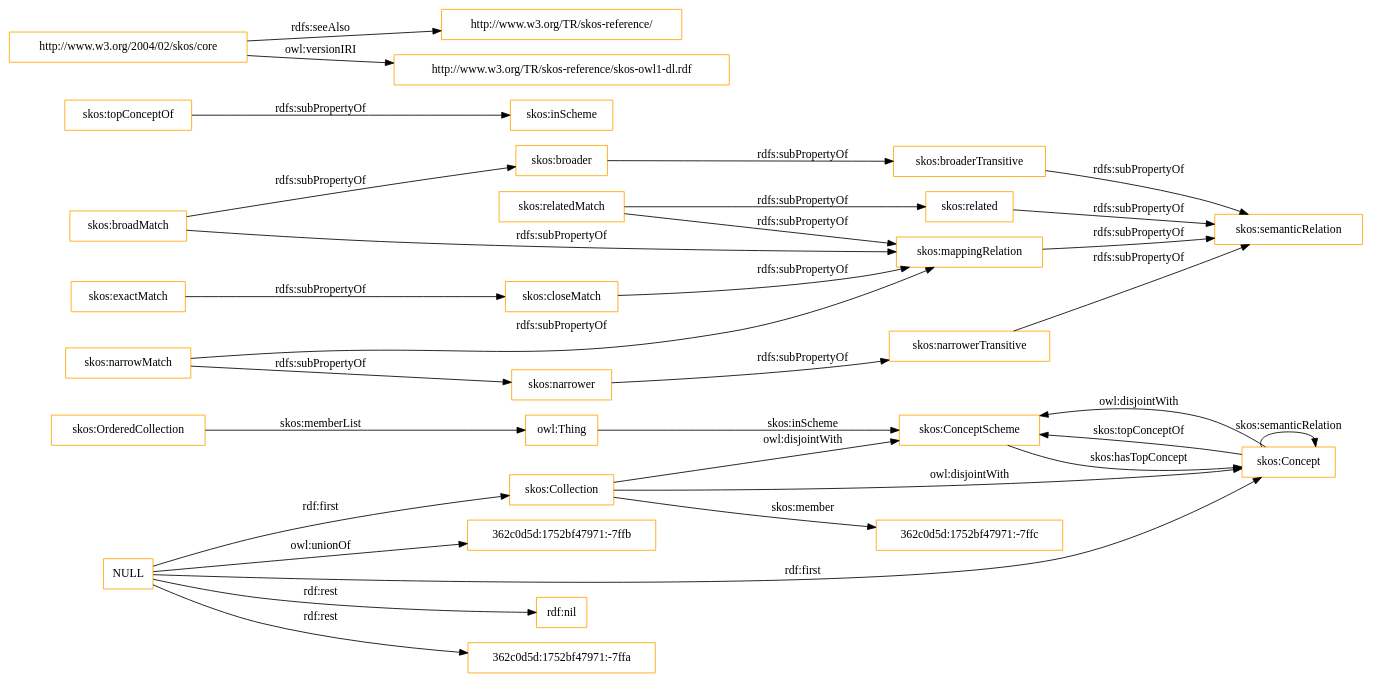
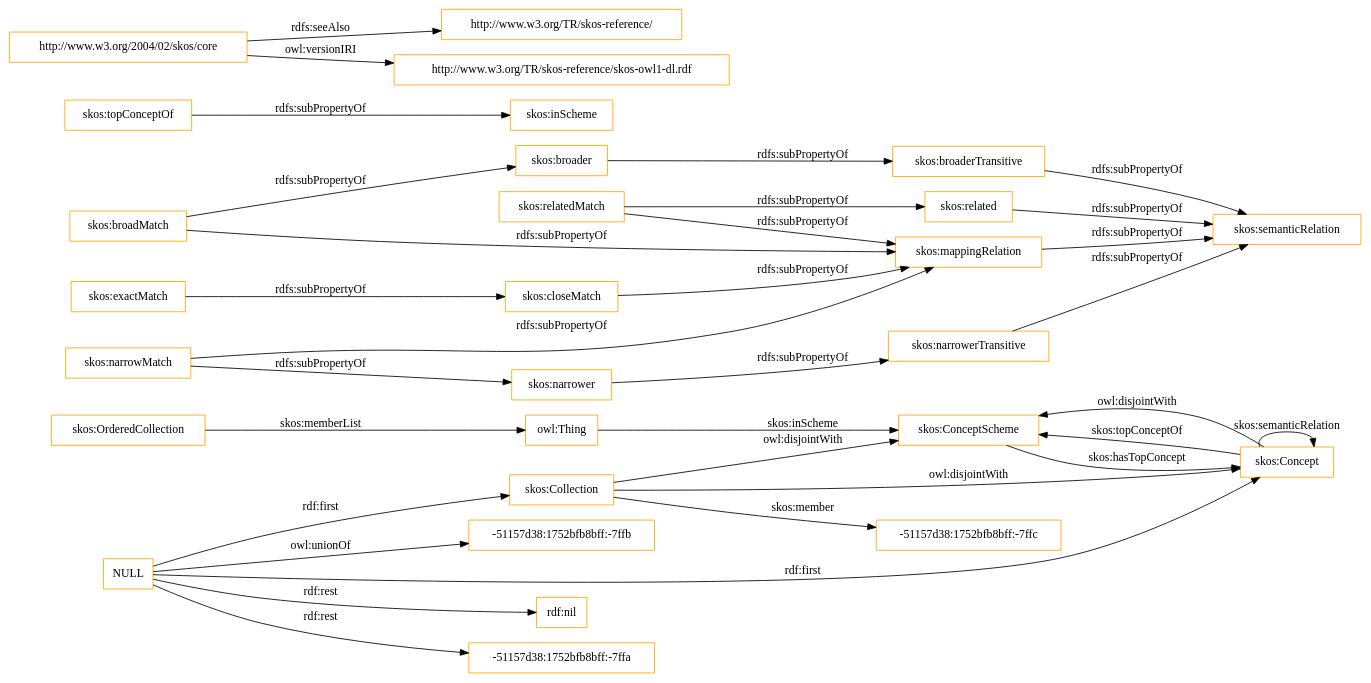
One commit to OnToologyUser/core-ontology-1 changed the diagram in OnToology/imports/skos.owl/diagrams/ar2dtool-class/skos.owl.png.dot. Above: the diagram before and after it, drawn with Graphviz. The commit also changed 14 other files, not shown here.

```diff
--- a/OnToology/imports/skos.owl/diagrams/ar2dtool-class/skos.owl.png.dot
+++ b/OnToology/imports/skos.owl/diagrams/ar2dtool-class/skos.owl.png.dot
@@ -1,37 +1,37 @@
 digraph ar2dtool_diagram { 
 rankdir=LR;
 size="1501"
-node [shape = rectangle, color="orange"]; "skos:OrderedCollection" "skos:ConceptScheme" "skos:Concept" "skos:Collection" "362c0d5d:1752bf47971:-7ffc" ; /*classes style*/
+node [shape = rectangle, color="orange"]; "skos:OrderedCollection" "skos:ConceptScheme" "skos:Concept" "skos:Collection" "-51157d38:1752bfb8bff:-7ffc" ; /*classes style*/
 	"skos:narrowerTransitive" -> "skos:semanticRelation" [ label = "rdfs:subPropertyOf" ];
 	"NULL" -> "rdf:nil" [ label = "rdf:rest" ];
 	"NULL" -> "skos:Concept" [ label = "rdf:first" ];
-	"NULL" -> "362c0d5d:1752bf47971:-7ffa" [ label = "rdf:rest" ];
+	"NULL" -> "-51157d38:1752bfb8bff:-7ffa" [ label = "rdf:rest" ];
 	"NULL" -> "skos:Collection" [ label = "rdf:first" ];
-	"NULL" -> "362c0d5d:1752bf47971:-7ffb" [ label = "owl:unionOf" ];
+	"NULL" -> "-51157d38:1752bfb8bff:-7ffb" [ label = "owl:unionOf" ];
 	"skos:closeMatch" -> "skos:mappingRelation" [ label = "rdfs:subPropertyOf" ];
 	"skos:Concept" -> "skos:ConceptScheme" [ label = "owl:disjointWith" ];
 	"skos:relatedMatch" -> "skos:related" [ label = "rdfs:subPropertyOf" ];
 	"skos:relatedMatch" -> "skos:mappingRelation" [ label = "rdfs:subPropertyOf" ];
 	"skos:related" -> "skos:semanticRelation" [ label = "rdfs:subPropertyOf" ];
 	"skos:topConceptOf" -> "skos:inScheme" [ label = "rdfs:subPropertyOf" ];
 	"skos:broadMatch" -> "skos:mappingRelation" [ label = "rdfs:subPropertyOf" ];
 	"skos:broadMatch" -> "skos:broader" [ label = "rdfs:subPropertyOf" ];
 	"skos:exactMatch" -> "skos:closeMatch" [ label = "rdfs:subPropertyOf" ];
 	"skos:broaderTransitive" -> "skos:semanticRelation" [ label = "rdfs:subPropertyOf" ];
 	"skos:broader" -> "skos:broaderTransitive" [ label = "rdfs:subPropertyOf" ];
 	"skos:mappingRelation" -> "skos:semanticRelation" [ label = "rdfs:subPropertyOf" ];
 	"http://www.w3.org/2004/02/skos/core" -> "http://www.w3.org/TR/skos-reference/" [ label = "rdfs:seeAlso" ];
 	"http://www.w3.org/2004/02/skos/core" -> "http://www.w3.org/TR/skos-reference/skos-owl1-dl.rdf" [ label = "owl:versionIRI" ];
 	"skos:Collection" -> "skos:ConceptScheme" [ label = "owl:disjointWith" ];
 	"skos:Collection" -> "skos:Concept" [ label = "owl:disjointWith" ];
 	"skos:narrower" -> "skos:narrowerTransitive" [ label = "rdfs:subPropertyOf" ];
 	"skos:narrowMatch" -> "skos:narrower" [ label = "rdfs:subPropertyOf" ];
 	"skos:narrowMatch" -> "skos:mappingRelation" [ label = "rdfs:subPropertyOf" ];
 	"skos:OrderedCollection" -> "owl:Thing" [ label = "skos:memberList" ];
 	"skos:Concept" -> "skos:ConceptScheme" [ label = "skos:topConceptOf" ];
 	"skos:Concept" -> "skos:Concept" [ label = "skos:semanticRelation" ];
-	"skos:Collection" -> "362c0d5d:1752bf47971:-7ffc" [ label = "skos:member" ];
+	"skos:Collection" -> "-51157d38:1752bfb8bff:-7ffc" [ label = "skos:member" ];
 	"skos:ConceptScheme" -> "skos:Concept" [ label = "skos:hasTopConcept" ];
 	"owl:Thing" -> "skos:ConceptScheme" [ label = "skos:inScheme" ];
 
 }
```
